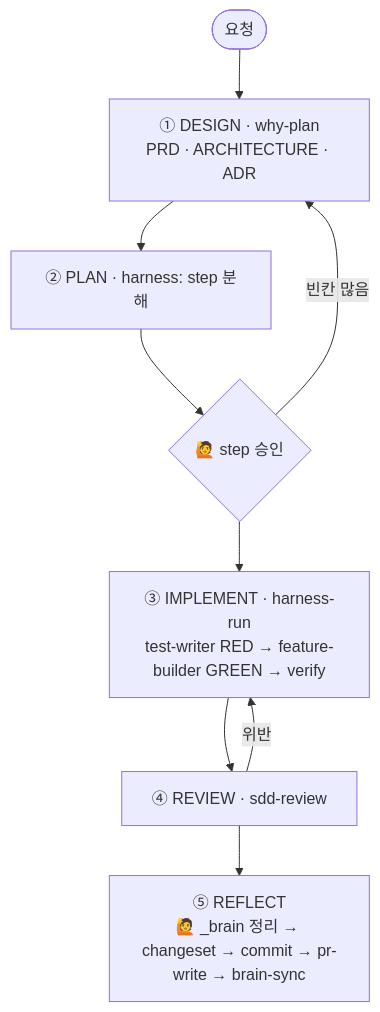
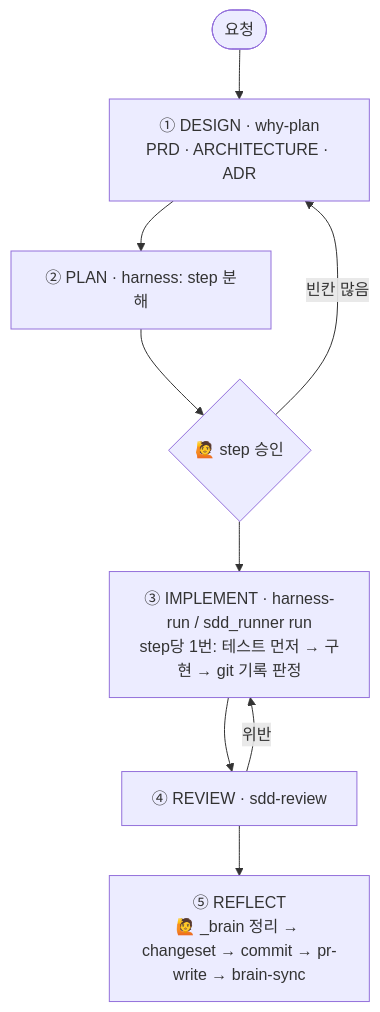
The diagram in README.md (jtwjs/claude-harness), drawn with Mermaid before and after one commit. The commit also changed other lines of this file and 17 other files, not shown here.

First line of the commit message:
feat(sdd): SDD 러너 — step당 호출 1번 + git 기록 판정, 세션·헤드리스 같은 규칙 (0.18.0)

````diff
--- a/README.md
+++ b/README.md
@@ -44,11 +45,11 @@
 ```mermaid
 flowchart TD
   A([요청]) --> D["① DESIGN · why-plan<br/>PRD · ARCHITECTURE · ADR"]
   D --> H["② PLAN · harness: step 분해"]
   H --> G{🙋 step 승인}
   G -->|빈칸 많음| D
-  G --> R["③ IMPLEMENT · harness-run<br/>test-writer RED → feature-builder GREEN → verify"]
+  G --> R["③ IMPLEMENT · harness-run / sdd_runner run<br/>step당 1번: 테스트 먼저 → 구현 → git 기록 판정"]
   R --> V["④ REVIEW · sdd-review"]
   V -->|위반| R
   V --> F["⑤ REFLECT<br/>🙋 _brain 정리 → changeset → commit → pr-write → brain-sync"]
 ```
````
